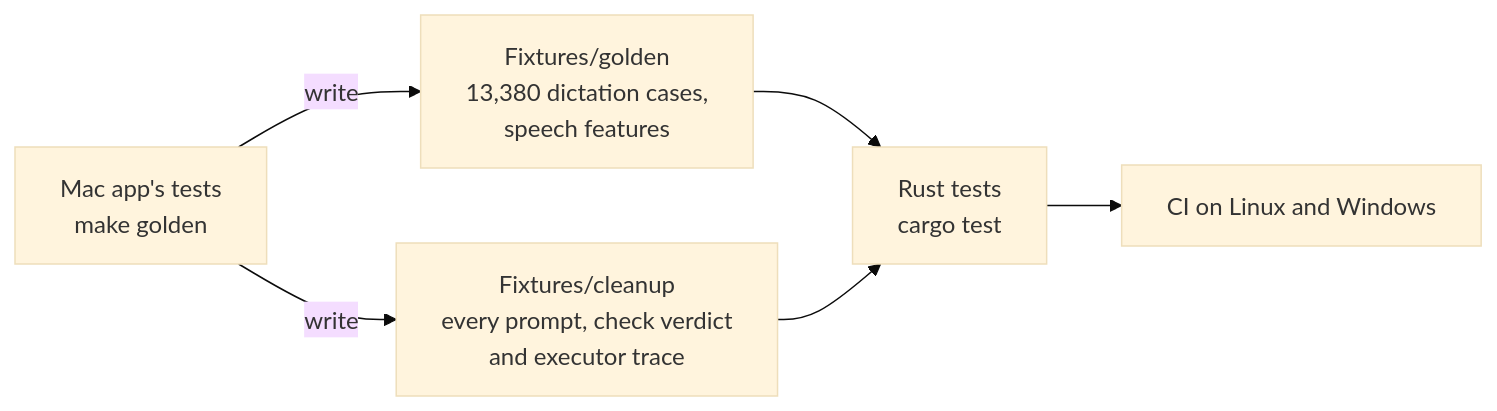
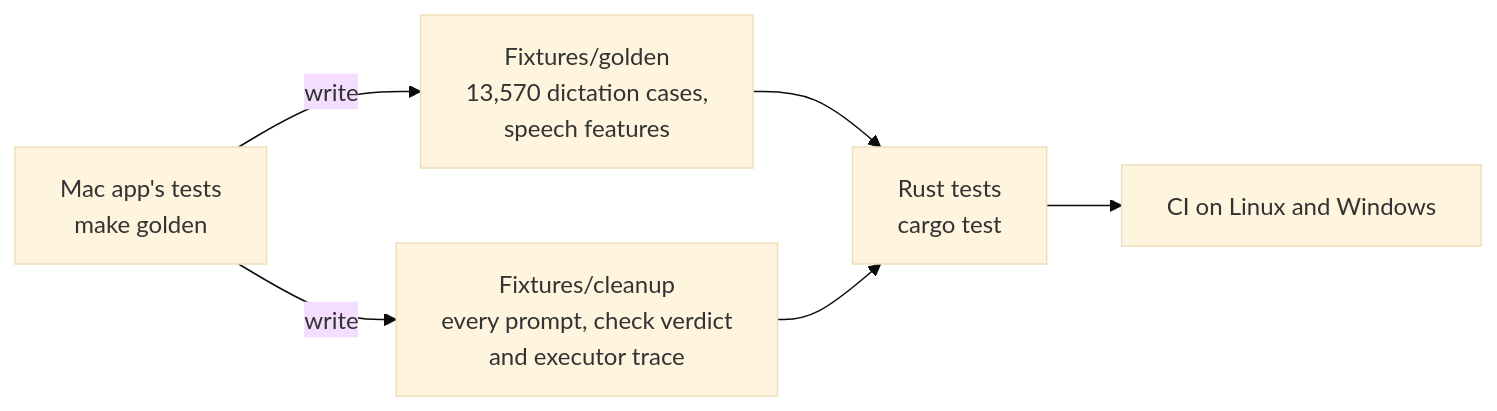
The eighth of 9 diagrams in docs/architecture.md (Nerdstorm/LiveTranscribe), drawn with Mermaid (base theme) before and after one commit. The commit also changed 10 other files, not shown here.

````diff
--- a/docs/architecture.md
+++ b/docs/architecture.md
@@ -341,8 +341,8 @@
 ```mermaid
 flowchart LR
-    SW["Mac app's tests<br/>make golden"] -->|write| G["Fixtures/golden<br/>13,380 dictation cases,<br/>speech features"]
+    SW["Mac app's tests<br/>make golden"] -->|write| G["Fixtures/golden<br/>13,570 dictation cases,<br/>speech features"]
     SW -->|write| CF["Fixtures/cleanup<br/>every prompt, check verdict<br/>and executor trace"]
     G --> RT["Rust tests<br/>cargo test"]
     CF --> RT
     RT --> CI["CI on Linux and Windows"]
 ```
````
